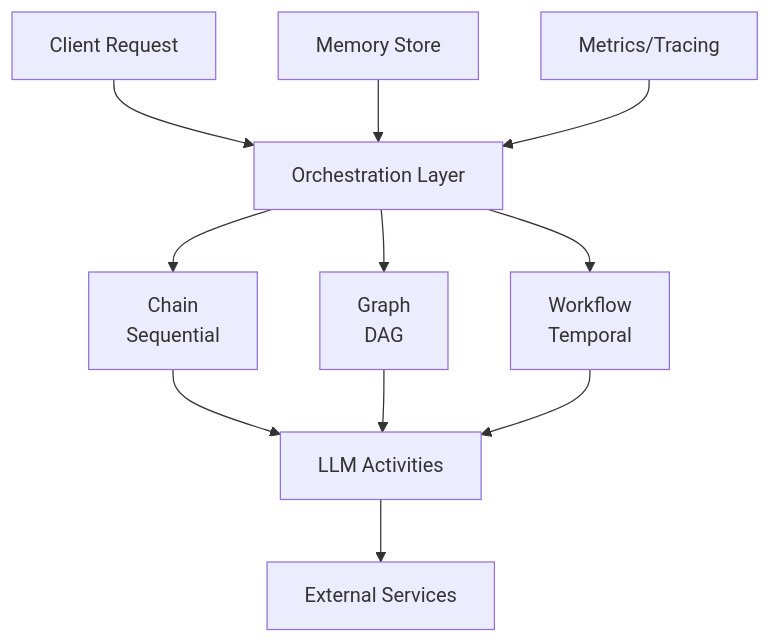
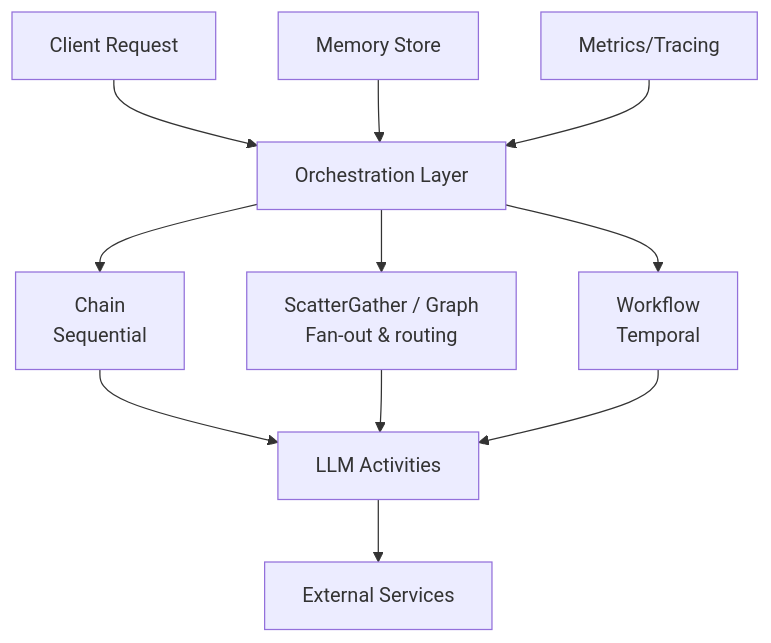
One commit to lookatitude/beluga-website changed the diagram in src/content/docs/docs/guides/production/workflow-orchestration.md. Above: the diagram before and after it, drawn with Mermaid. The commit also changed other lines of this file and 474 other files, not shown here.

````diff
--- a/src/content/docs/docs/guides/production/workflow-orchestration.md
+++ b/src/content/docs/docs/guides/production/workflow-orchestration.md
@@ -21,13 +21,13 @@
 ```mermaid
 graph TB
     A[Client Request] --> B[Orchestration Layer]
     B --> C[Chain<br>Sequential]
-    B --> D[Graph<br>DAG]
+    B --> D[ScatterGather / Graph<br>Fan-out & routing]
     B --> E[Workflow<br>Temporal]
     C --> F[LLM Activities]
     D --> F
     E --> F
     F --> G[External Services]
     H[Memory Store] --> B
     I[Metrics/Tracing] --> B
 ```
````
